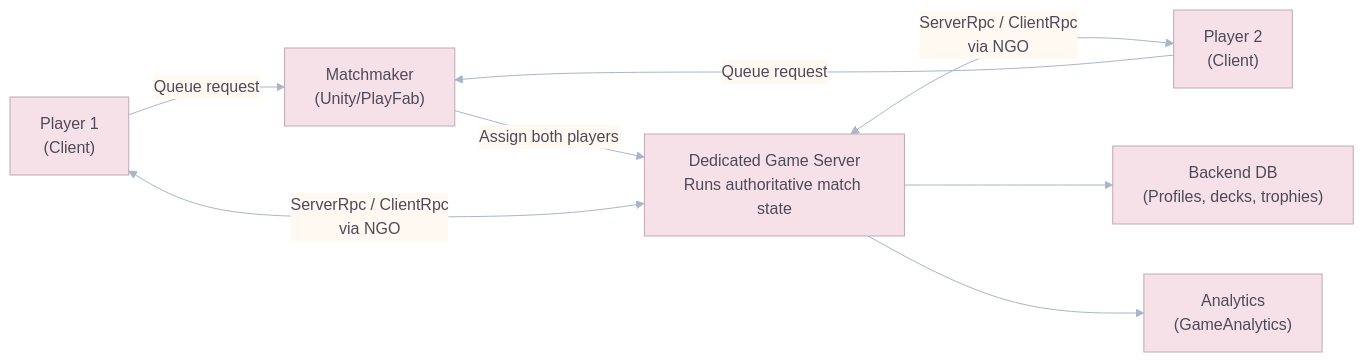
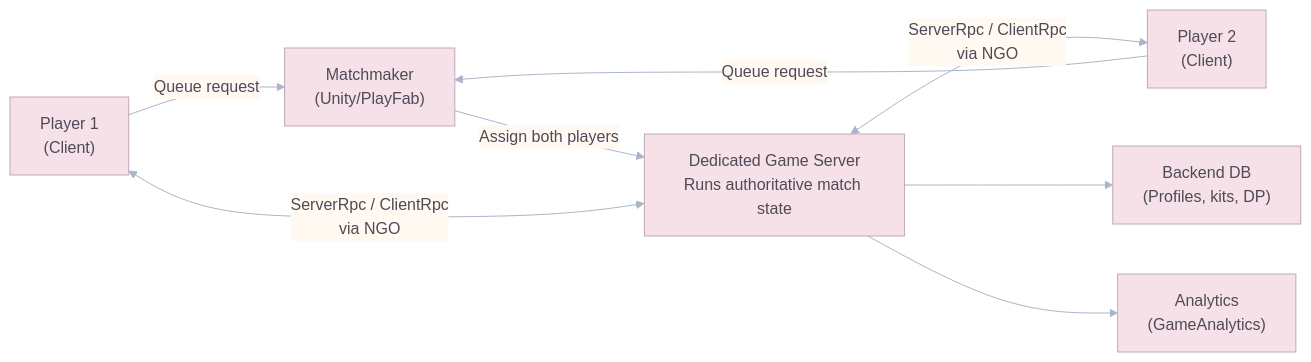
Before and after one commit to unknown-studios-code/goo-galaxy: the fifth of 6 diagrams in .docs/GDD/08_Technical_Architecture_and_Multiplayer.md, drawn with Mermaid. The commit also changed other lines of this file and 20 other files, not shown here.

````diff
--- a/.docs/GDD/08_Technical_Architecture_and_Multiplayer.md
+++ b/.docs/GDD/08_Technical_Architecture_and_Multiplayer.md
@@ -326,11 +326,11 @@
 ```mermaid
 %%{init: {"theme":"base","themeVariables":{"primaryColor":"#F7E1E8","secondaryColor":"#DCEBF7","tertiaryColor":"#E4F3E1","primaryBorderColor":"#BFA9B5","lineColor":"#A8B6C8","primaryTextColor":"#4E4A57","clusterBkg":"#FAF5EA","clusterBorder":"#CDBFAF","edgeLabelBackground":"#FFF9F2","noteBkgColor":"#F7F1FA","noteTextColor":"#4E4A57","taskBkgColor":"#DCEBF7","taskTextColor":"#4E4A57","taskTextOutsideColor":"#4E4A57","sectionBkgColor":"#E4F3E1","sectionBorderColor":"#BCD0B9","gridColor":"#E8DDD3","todayLineColor":"#C7A7B5","actorBkg":"#F7E1E8","actorBorder":"#BFA9B5","actorTextColor":"#4E4A57","signalColor":"#A8B6C8","signalTextColor":"#4E4A57","labelBoxBkgColor":"#FFF9F2","labelBoxBorderColor":"#CDBFAF","labelTextColor":"#4E4A57"}}}%%
 flowchart LR
     P1["Player 1<br/>(Client)"] -->|"Queue request"| MM["Matchmaker<br/>(Unity/PlayFab)"]
     P2["Player 2<br/>(Client)"] -->|"Queue request"| MM
     MM -->|"Assign both players"| GS["Dedicated Game Server<br/>Runs authoritative match state"]
     GS <-->|"ServerRpc / ClientRpc<br/>via NGO"| P1
     GS <-->|"ServerRpc / ClientRpc<br/>via NGO"| P2
-    GS --> DB["Backend DB<br/>(Profiles, decks, trophies)"]
+    GS --> DB["Backend DB<br/>(Profiles, kits, DP)"]
     GS --> AN["Analytics<br/>(GameAnalytics)"]
 ```
````
